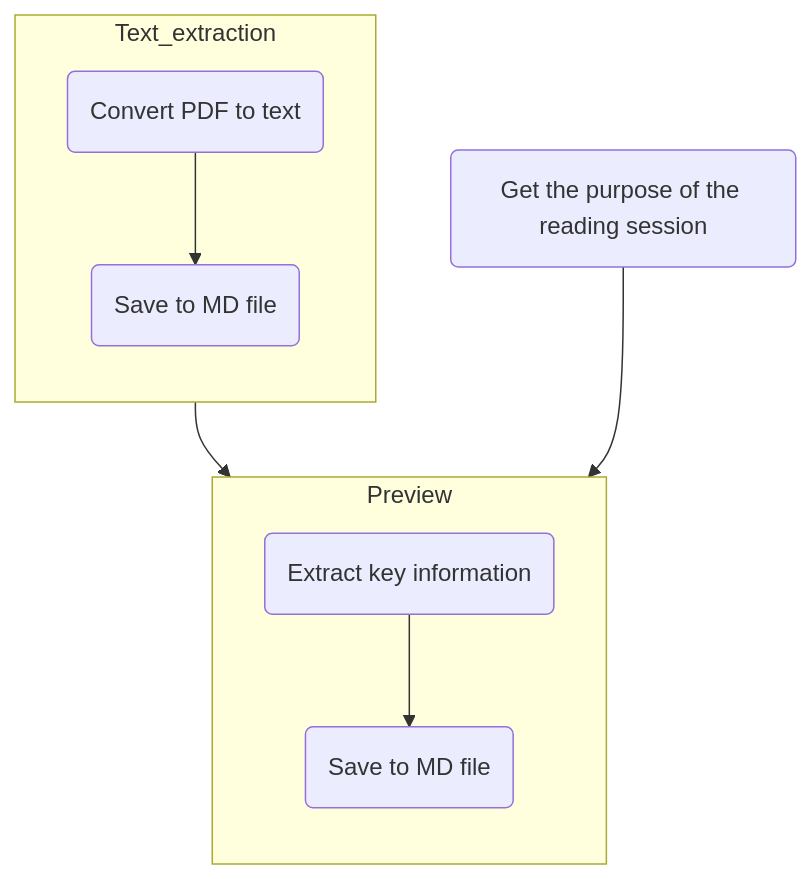
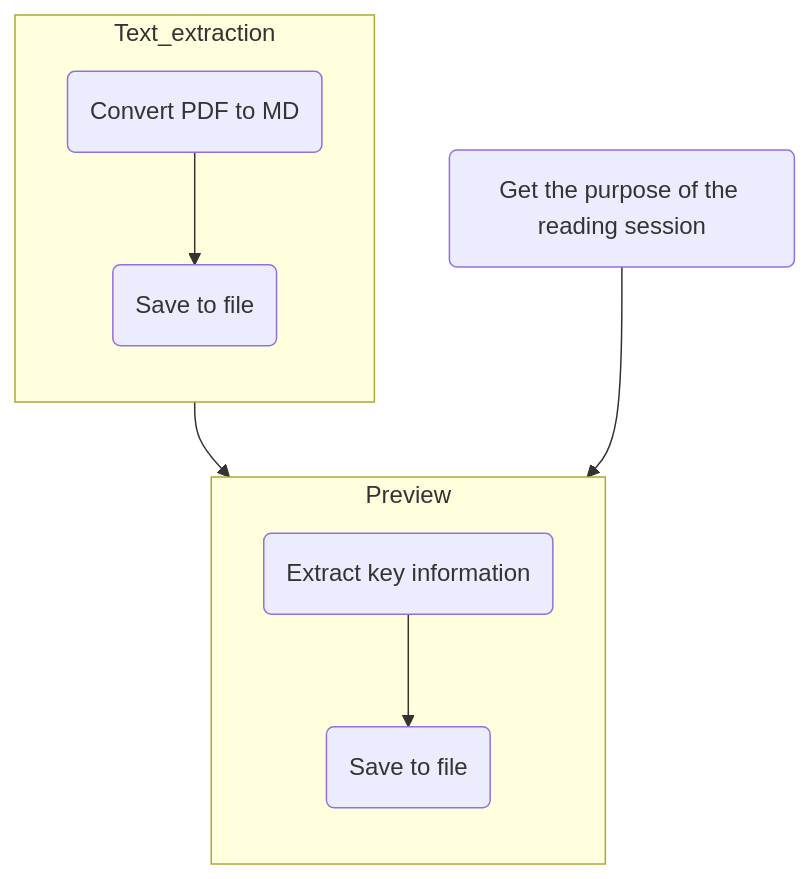
Before and after one commit to AlexeyNilov/speed_reading: the diagram in doc/pre_read_helper.md, drawn with Mermaid. The commit also changed 1 other file, not shown here.

````diff
--- a/doc/pre_read_helper.md
+++ b/doc/pre_read_helper.md
@@ -1,14 +1,14 @@
 ```mermaid
 flowchart TB
     A(Get the purpose of the reading session)
     subgraph Text_extraction
         direction TB
-        T1(Convert PDF to text) --> T2(Save to MD file)
+        T1(Convert PDF to MD) --> T2(Save to file)
     end
     subgraph Preview
         direction TB
-        P1(Extract key information) --> P2(Save to MD file)
+        P1(Extract key information) --> P2(Save to file)
     end
     Text_extraction --> Preview
     A --> Preview
 ```
````
